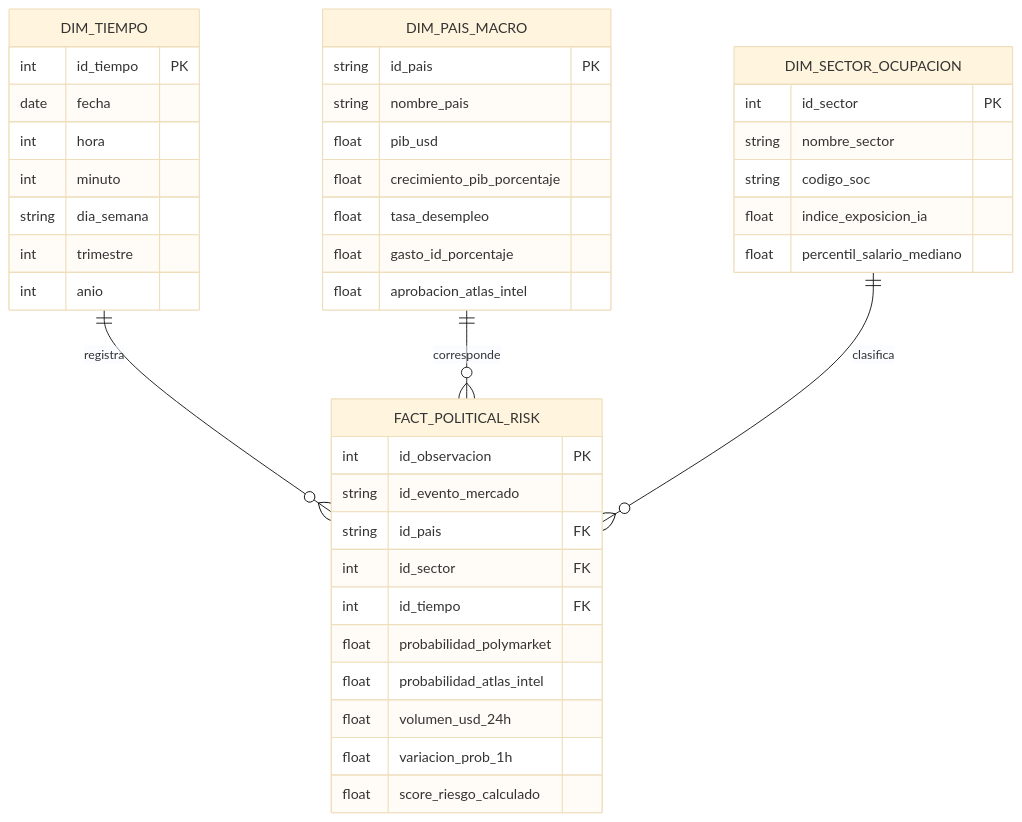
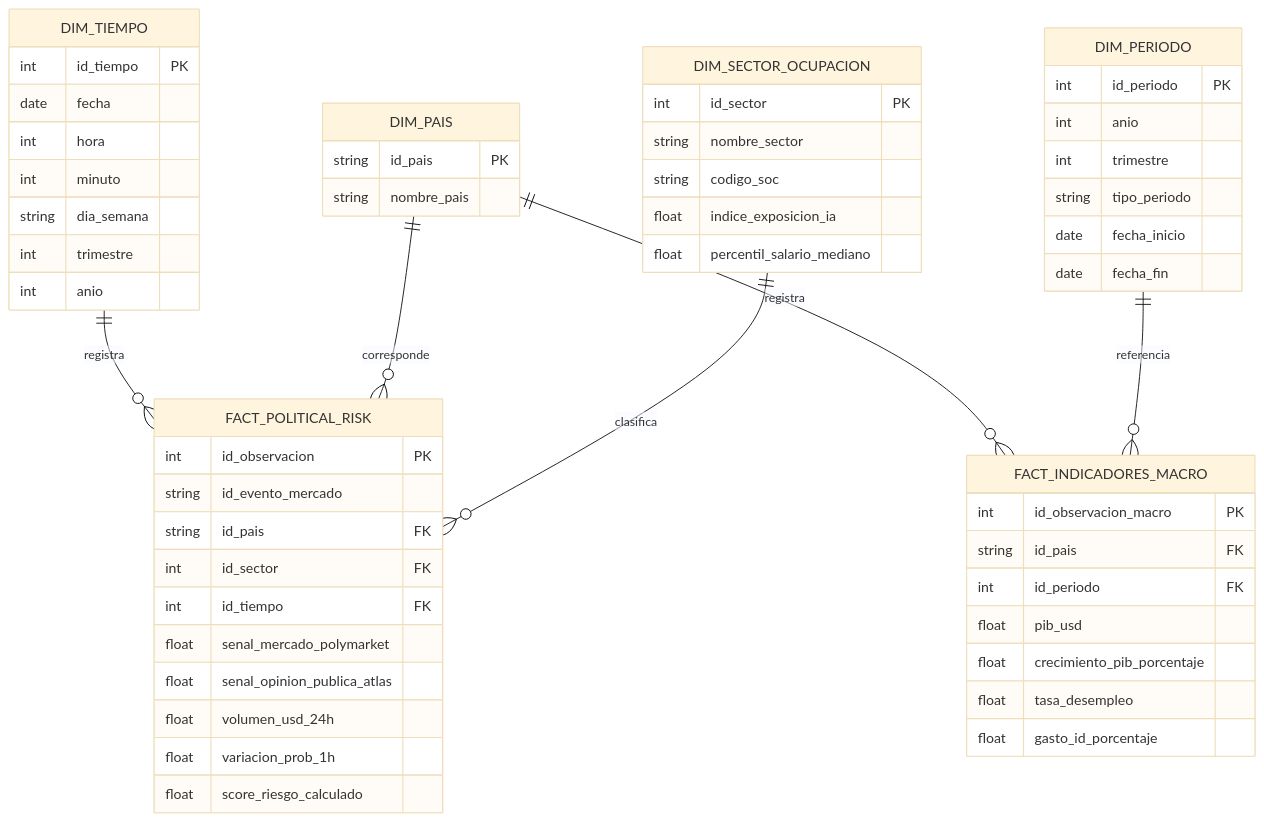
The second of 3 diagrams in tp-final/README.md (santysj/GVD-ITBA-2026), drawn with Mermaid (base theme) before and after one commit. The commit also changed other lines of this file, not shown here.

````diff
--- a/tp-final/README.md
+++ b/tp-final/README.md
@@ -168,48 +182,65 @@
 ```mermaid
 erDiagram
 
     DIM_TIEMPO ||--o{ FACT_POLITICAL_RISK : registra
-    DIM_PAIS_MACRO ||--o{ FACT_POLITICAL_RISK : corresponde
+    DIM_PAIS ||--o{ FACT_POLITICAL_RISK : corresponde
     DIM_SECTOR_OCUPACION ||--o{ FACT_POLITICAL_RISK : clasifica
+
+    DIM_PAIS ||--o{ FACT_INDICADORES_MACRO : registra
+    DIM_PERIODO ||--o{ FACT_INDICADORES_MACRO : referencia
 
     DIM_TIEMPO {
         int id_tiempo PK
         date fecha
         int hora
         int minuto
         string dia_semana
         int trimestre
         int anio
     }
 
-    DIM_PAIS_MACRO {
+    DIM_PAIS {
         string id_pais PK
         string nombre_pais
-        float pib_usd
-        float crecimiento_pib_porcentaje
-        float tasa_desempleo
-        float gasto_id_porcentaje
-        float aprobacion_atlas_intel
     }
 
     DIM_SECTOR_OCUPACION {
         int id_sector PK
         string nombre_sector
         string codigo_soc
         float indice_exposicion_ia
         float percentil_salario_mediano
     }
 
+    DIM_PERIODO {
+        int id_periodo PK
+        int anio
+        int trimestre
+        string tipo_periodo
+        date fecha_inicio
+        date fecha_fin
+    }
+
+    FACT_INDICADORES_MACRO {
+        int id_observacion_macro PK
+        string id_pais FK
+        int id_periodo FK
+        float pib_usd
+        float crecimiento_pib_porcentaje
+        float tasa_desempleo
+        float gasto_id_porcentaje
+    }
+
     FACT_POLITICAL_RISK {
         int id_observacion PK
         string id_evento_mercado
         string id_pais FK
         int id_sector FK
         int id_tiempo FK
-        float probabilidad_polymarket
-        float probabilidad_atlas_intel
+        float senal_mercado_polymarket
+        float senal_opinion_publica_atlas
         float volumen_usd_24h
         float variacion_prob_1h
         float score_riesgo_calculado
     }
 ```
````
